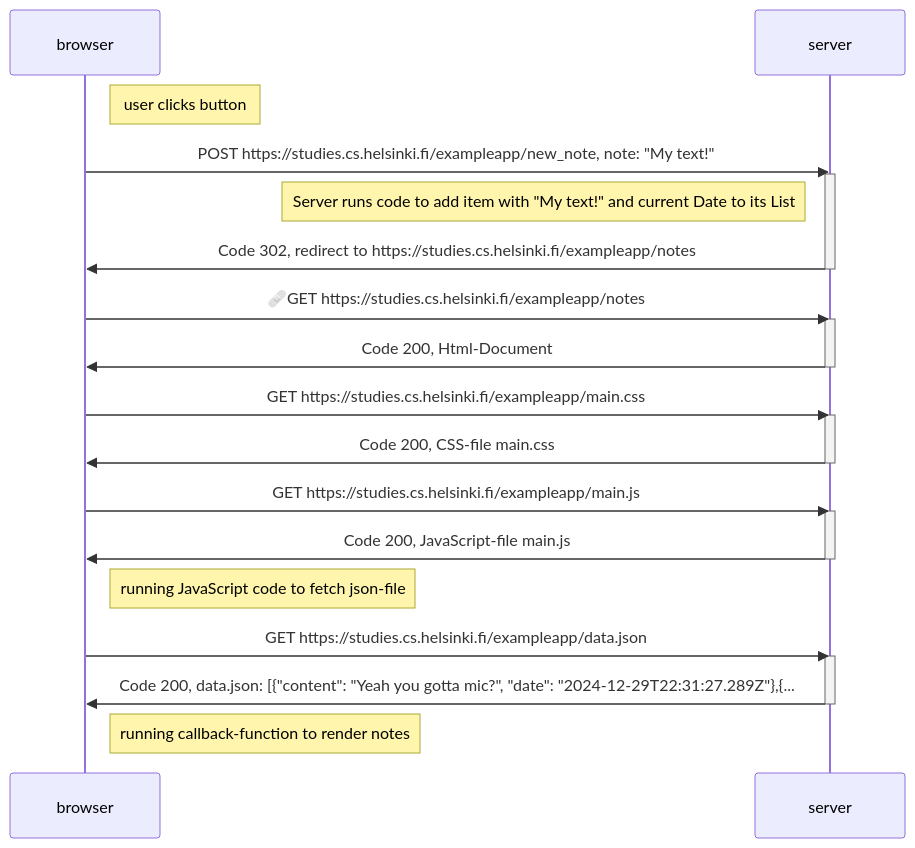
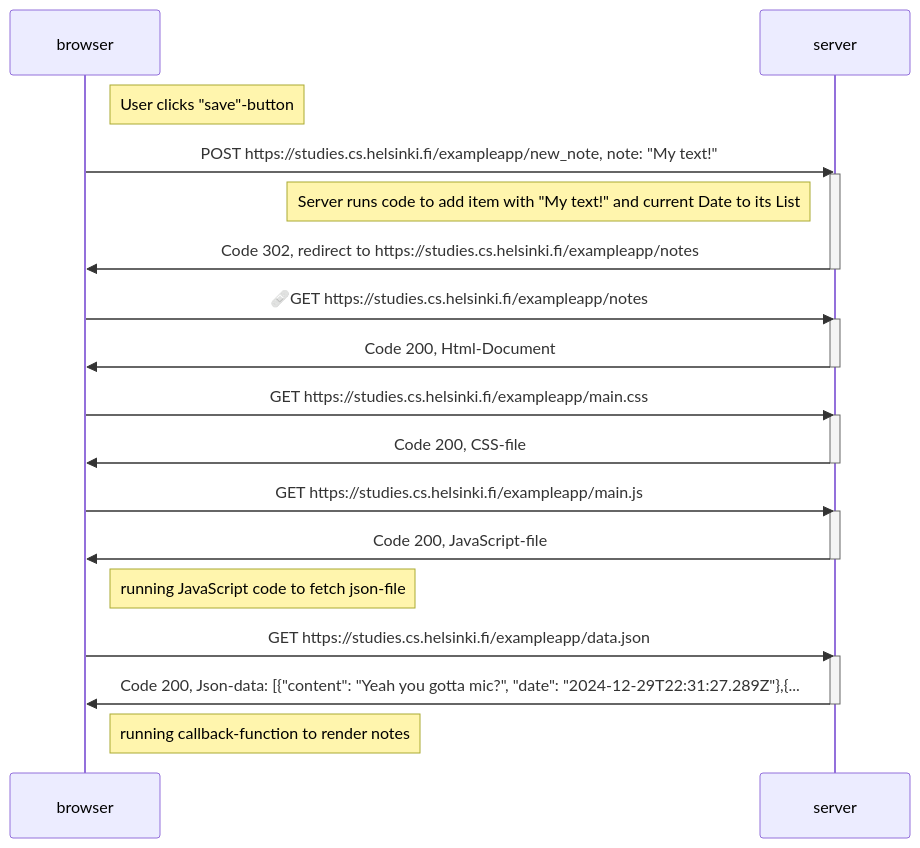
Before and after one commit to prisling/fullstackopen: the diagram in part0/new_note_diagram/new_note_diagram.md, drawn with Mermaid.

````diff
--- a/part0/new_note_diagram/new_note_diagram.md
+++ b/part0/new_note_diagram/new_note_diagram.md
@@ -1,30 +1,30 @@
 ```mermaid
 sequenceDiagram
 participant browser
 participant server
 
-Note right of browser: user clicks button
+Note right of browser: User clicks "save"-button
 browser->>server: POST https://studies.cs.helsinki.fi/exampleapp/new_note, note: "My text!"
 activate server
 Note left of server: Server runs code to add item with "My text!" and current Date to its List
 server->>browser: Code 302, redirect to https://studies.cs.helsinki.fi/exampleapp/notes
 deactivate server
 browser->>server:🩹GET https://studies.cs.helsinki.fi/exampleapp/notes
 activate server
 server->>browser: Code 200, Html-Document
 deactivate server
 browser->>server: GET https://studies.cs.helsinki.fi/exampleapp/main.css
 activate server
-server->>browser: Code 200, CSS-file main.css
+server->>browser: Code 200, CSS-file
 deactivate server
 browser->>server: GET https://studies.cs.helsinki.fi/exampleapp/main.js
 activate server
-server->>browser: Code 200, JavaScript-file main.js
+server->>browser: Code 200, JavaScript-file
 deactivate server
 Note right of browser: running JavaScript code to fetch json-file
 browser->>server: GET https://studies.cs.helsinki.fi/exampleapp/data.json
 activate server
-server->>browser: Code 200, data.json: [{"content": "Yeah you gotta mic?", "date": "2024-12-29T22:31:27.289Z"},{...
+server->>browser: Code 200, Json-data: [{"content": "Yeah you gotta mic?", "date": "2024-12-29T22:31:27.289Z"},{...
 deactivate server
 Note right of browser: running callback-function to render notes
 ```
````
